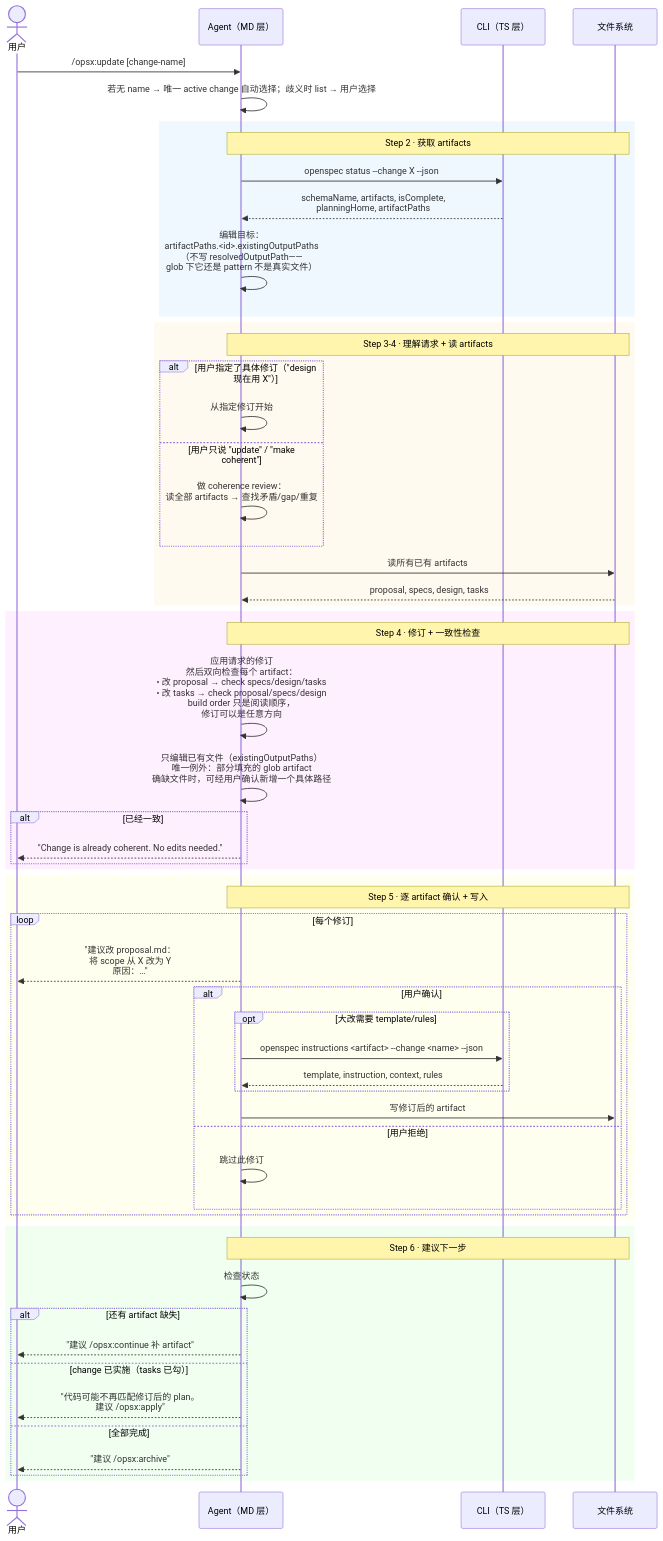
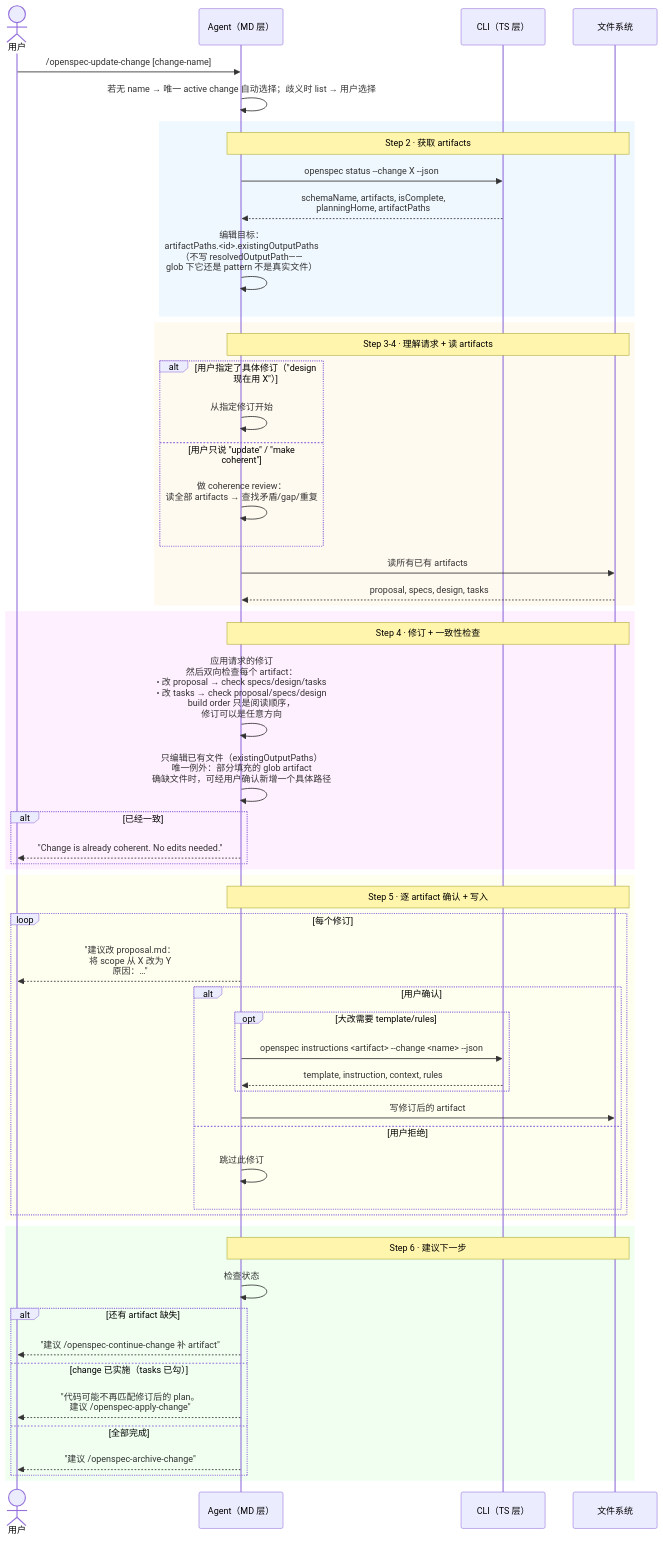
One commit to ethan-jiang-3/OpenSpec changed the diagram in _digested/workflows/12-update.md. Above: the diagram before and after it, drawn with Mermaid. The commit also changed other lines of this file and 63 other files, not shown here.

````diff
--- a/_digested/workflows/12-update.md
+++ b/_digested/workflows/12-update.md
@@ -41,65 +41,65 @@
 ```mermaid
 sequenceDiagram
     actor User as 用户
     participant MD as Agent（MD 层）
     participant TS as CLI（TS 层）
     participant FS as 文件系统
 
-    User->>MD: /opsx:update [change-name]
+    User->>MD: /openspec-update-change [change-name]
     MD->>MD: 若无 name → 唯一 active change 自动选择；歧义时 list → 用户选择
 
     rect rgb(240, 248, 255)
         Note over MD,FS: Step 2 · 获取 artifacts
         MD->>TS: openspec status --change X --json
         TS-->>MD: schemaName, artifacts, isComplete,<br/>planningHome, artifactPaths
         MD->>MD: 编辑目标：<br/>artifactPaths.<id>.existingOutputPaths<br/>（不写 resolvedOutputPath——<br/>glob 下它还是 pattern 不是真实文件）
     end
 
     rect rgb(255, 250, 240)
         Note over MD,FS: Step 3-4 · 理解请求 + 读 artifacts
         alt 用户指定了具体修订（"design 现在用 X"）
             MD->>MD: 从指定修订开始
         else 用户只说 "update" / "make coherent"
             MD->>MD: 做 coherence review：<br/>读全部 artifacts → 查找矛盾/gap/重复
         end
         MD->>FS: 读所有已有 artifacts
         FS-->>MD: proposal, specs, design, tasks
     end
 
     rect rgb(255, 240, 255)
         Note over MD,FS: Step 4 · 修订 + 一致性检查
         MD->>MD: 应用请求的修订<br/>然后双向检查每个 artifact：<br/>• 改 proposal → check specs/design/tasks<br/>• 改 tasks → check proposal/specs/design<br/>build order 只是阅读顺序，<br/>修订可以是任意方向
         MD->>MD: 只编辑已有文件（existingOutputPaths）<br/>唯一例外：部分填充的 glob artifact<br/>确缺文件时，可经用户确认新增一个具体路径
         alt 已经一致
             MD-->>User: "Change is already coherent. No edits needed."
         end
     end
 
     rect rgb(255, 255, 240)
         Note over MD,FS: Step 5 · 逐 artifact 确认 + 写入
         loop 每个修订
             MD-->>User: "建议改 proposal.md：<br/>将 scope 从 X 改为 Y<br/>原因：…"
             alt 用户确认
                 opt 大改需要 template/rules
                     MD->>TS: openspec instructions <artifact> --change <name> --json
                     TS-->>MD: template, instruction, context, rules
                 end
                 MD->>FS: 写修订后的 artifact
             else 用户拒绝
                 MD->>MD: 跳过此修订
             end
         end
     end
 
     rect rgb(240, 255, 240)
         Note over MD,FS: Step 6 · 建议下一步
         MD->>MD: 检查状态
         alt 还有 artifact 缺失
-            MD-->>User: "建议 /opsx:continue 补 artifact"
+            MD-->>User: "建议 /openspec-continue-change 补 artifact"
         else change 已实施（tasks 已勾）
-            MD-->>User: "代码可能不再匹配修订后的 plan。<br/>建议 /opsx:apply"
+            MD-->>User: "代码可能不再匹配修订后的 plan。<br/>建议 /openspec-apply-change"
         else 全部完成
-            MD-->>User: "建议 /opsx:archive"
+            MD-->>User: "建议 /openspec-archive-change"
         end
     end
 ```
````
